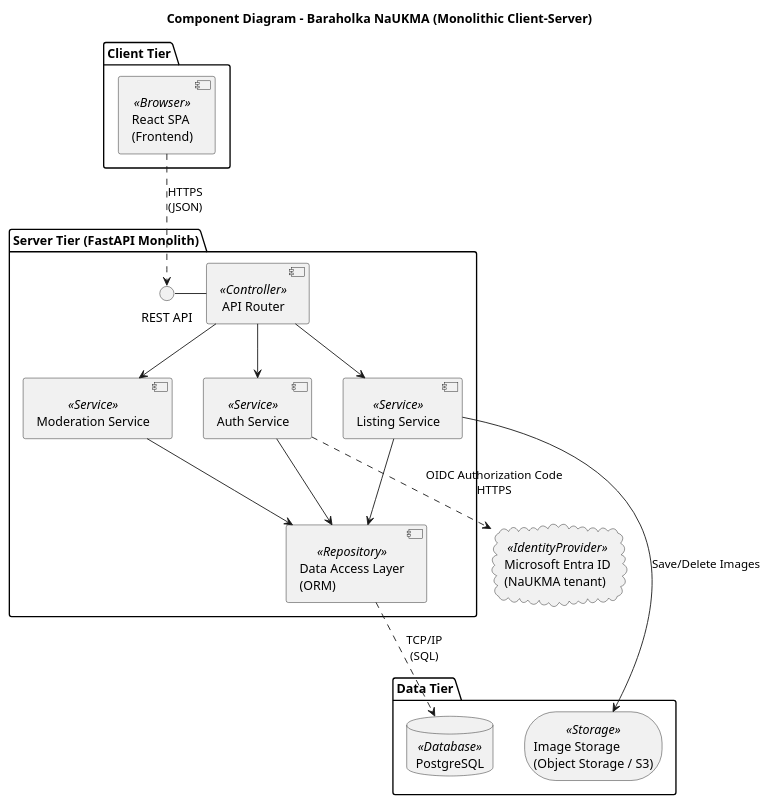
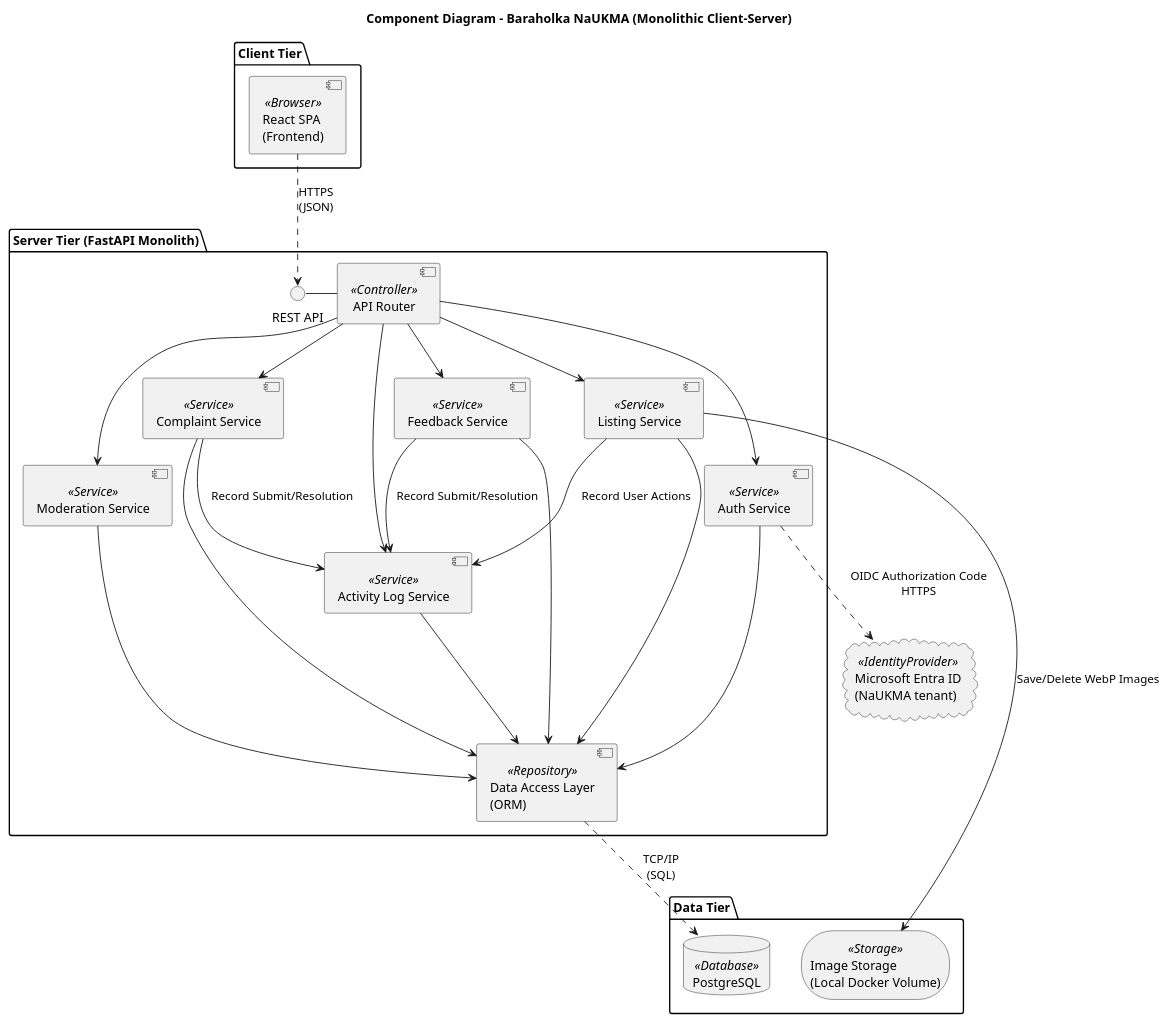
One commit to ukma-fin-ssdm-2026/Next-Gen changed the diagram in docs/architecture/uml/components.puml. Above: the diagram before and after it, drawn with PlantUML. The commit also changed 14 other files, not shown here.

```diff
--- a/docs/architecture/uml/components.puml
+++ b/docs/architecture/uml/components.puml
@@ -1,45 +1,57 @@
 @startuml
 skinparam componentStyle uml2
 
 title Component Diagram - Baraholka NaUKMA (Monolithic Client-Server)
 
 package "Client Tier" {
     component "React SPA\n(Frontend)" as SPA <<Browser>>
 }
 
 cloud "Microsoft Entra ID\n(NaUKMA tenant)" as Entra <<IdentityProvider>>
 
 package "Server Tier (FastAPI Monolith)" {
     interface "REST API" as RestAPI
     
     component "API Router" as Router <<Controller>>
     
     component "Auth Service" as AuthService <<Service>>
     component "Listing Service" as ListingService <<Service>>
     component "Moderation Service" as ModerationService <<Service>>
+    component "Complaint Service" as ComplaintService <<Service>>
+    component "Feedback Service" as FeedbackService <<Service>>
+    component "Activity Log Service" as ActivityLogService <<Service>>
     
     component "Data Access Layer\n(ORM)" as DAL <<Repository>>
 }
 
 package "Data Tier" {
     database "PostgreSQL" as DB <<Database>>
-    storage "Image Storage\n(Object Storage / S3)" as S3 <<Storage>>
+    storage "Image Storage\n(Local Docker Volume)" as ImageStorage <<Storage>>
 }
 
 ' Connections
 SPA ..> RestAPI : "HTTPS\n(JSON)"
 RestAPI - Router
 
 Router --> AuthService
 Router --> ListingService
 Router --> ModerationService
+Router --> ComplaintService
+Router --> FeedbackService
+Router --> ActivityLogService
 
 AuthService --> DAL
 AuthService ..> Entra : "OIDC Authorization Code\nHTTPS"
 ListingService --> DAL
-ListingService --> S3 : "Save/Delete Images"
+ListingService --> ImageStorage : "Save/Delete WebP Images"
+ListingService --> ActivityLogService : "Record User Actions"
 ModerationService --> DAL
+ComplaintService --> DAL
+ComplaintService --> ActivityLogService : "Record Submit/Resolution"
+FeedbackService --> DAL
+FeedbackService --> ActivityLogService : "Record Submit/Resolution"
+ActivityLogService --> DAL
 
 DAL ..> DB : "TCP/IP\n(SQL)"
 
 @enduml
```
